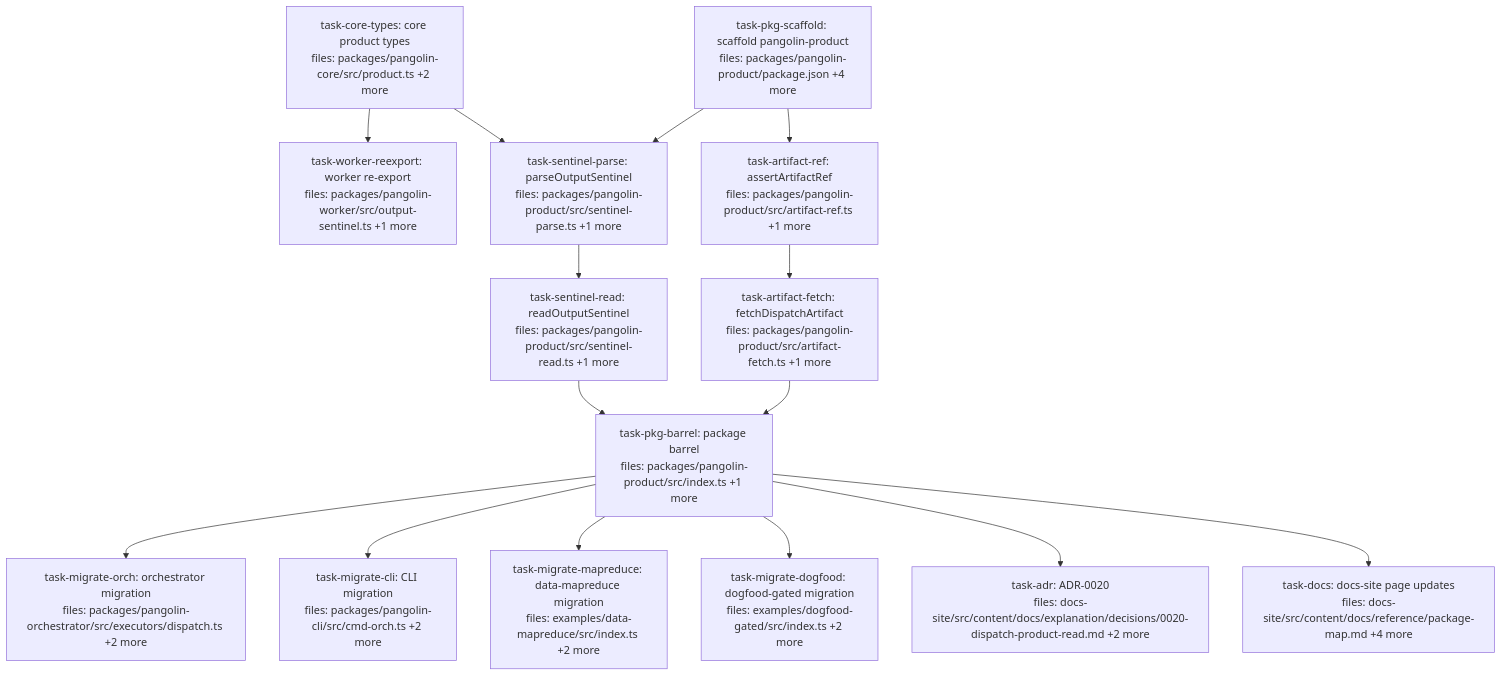
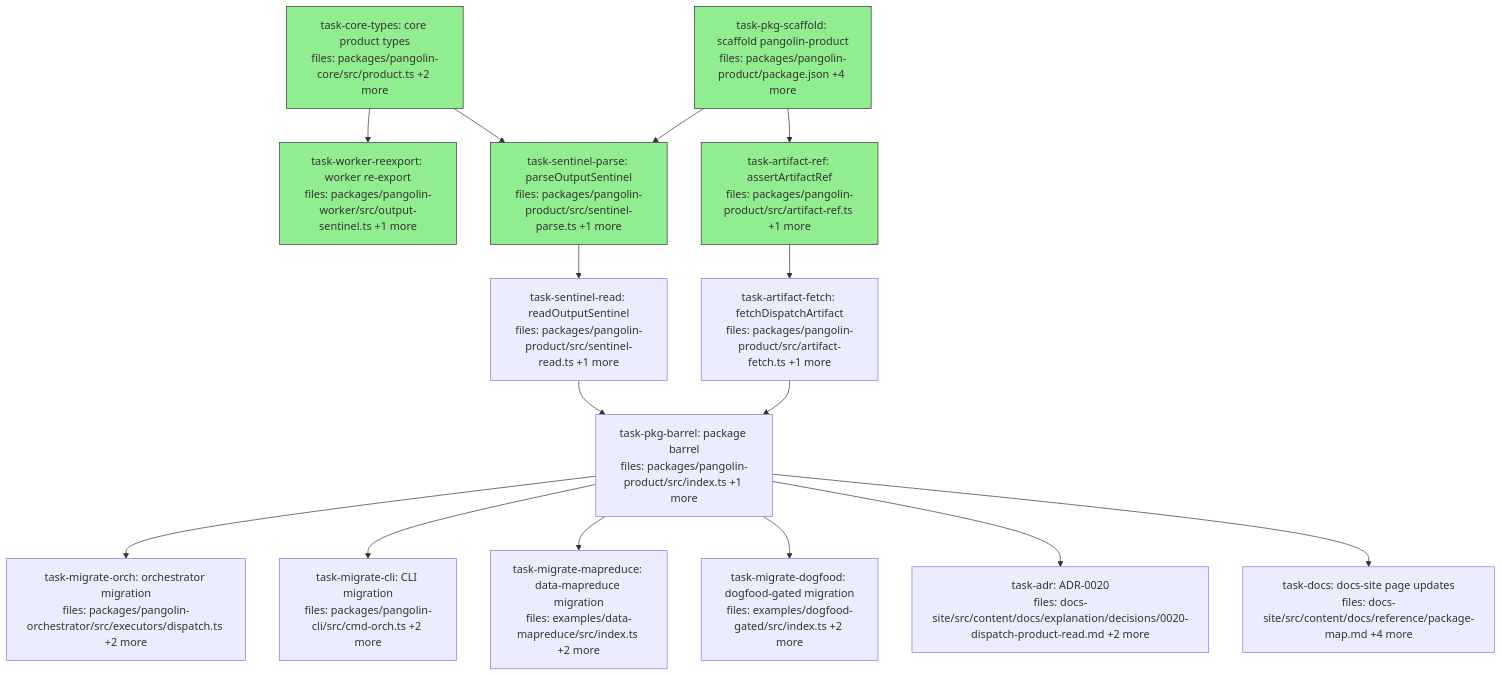
Before and after one commit to QuarrySystems/pangolin: the diagram in docs/superpowers/plans/2026-07-27-dispatch-product-read-dag.md, drawn with Mermaid. The commit also changed other lines of this file and 1 other file, not shown here.

First line of the commit message:
plan: ticks 1-2 complete — 5/14 tasks done

````diff
--- a/docs/superpowers/plans/2026-07-27-dispatch-product-read-dag.md
+++ b/docs/superpowers/plans/2026-07-27-dispatch-product-read-dag.md
@@ -6,38 +6,38 @@
 ```mermaid
 flowchart TD
-    task-core-types["task-core-types: core product types<br/>files: packages/pangolin-core/src/product.ts +2 more"]
-    task-worker-reexport["task-worker-reexport: worker re-export<br/>files: packages/pangolin-worker/src/output-sentinel.ts +1 more"]
-    task-pkg-scaffold["task-pkg-scaffold: scaffold pangolin-product<br/>files: packages/pangolin-product/package.json +4 more"]
-    task-sentinel-parse["task-sentinel-parse: parseOutputSentinel<br/>files: packages/pangolin-product/src/sentinel-parse.ts +1 more"]
-    task-artifact-ref["task-artifact-ref: assertArtifactRef<br/>files: packages/pangolin-product/src/artifact-ref.ts +1 more"]
+    task-core-types["task-core-types: core product types<br/>files: packages/pangolin-core/src/product.ts +2 more"]:::done
+    task-worker-reexport["task-worker-reexport: worker re-export<br/>files: packages/pangolin-worker/src/output-sentinel.ts +1 more"]:::done
+    task-pkg-scaffold["task-pkg-scaffold: scaffold pangolin-product<br/>files: packages/pangolin-product/package.json +4 more"]:::done
+    task-sentinel-parse["task-sentinel-parse: parseOutputSentinel<br/>files: packages/pangolin-product/src/sentinel-parse.ts +1 more"]:::done
+    task-artifact-ref["task-artifact-ref: assertArtifactRef<br/>files: packages/pangolin-product/src/artifact-ref.ts +1 more"]:::done
     task-sentinel-read["task-sentinel-read: readOutputSentinel<br/>files: packages/pangolin-product/src/sentinel-read.ts +1 more"]
     task-artifact-fetch["task-artifact-fetch: fetchDispatchArtifact<br/>files: packages/pangolin-product/src/artifact-fetch.ts +1 more"]
     task-pkg-barrel["task-pkg-barrel: package barrel<br/>files: packages/pangolin-product/src/index.ts +1 more"]
     task-migrate-orch["task-migrate-orch: orchestrator migration<br/>files: packages/pangolin-orchestrator/src/executors/dispatch.ts +2 more"]
     task-migrate-cli["task-migrate-cli: CLI migration<br/>files: packages/pangolin-cli/src/cmd-orch.ts +2 more"]
     task-migrate-mapreduce["task-migrate-mapreduce: data-mapreduce migration<br/>files: examples/data-mapreduce/src/index.ts +2 more"]
     task-migrate-dogfood["task-migrate-dogfood: dogfood-gated migration<br/>files: examples/dogfood-gated/src/index.ts +2 more"]
     task-adr["task-adr: ADR-0020<br/>files: docs-site/src/content/docs/explanation/decisions/0020-dispatch-product-read.md +2 more"]
     task-docs["task-docs: docs-site page updates<br/>files: docs-site/src/content/docs/reference/package-map.md +4 more"]
 
     task-core-types --> task-worker-reexport
     task-core-types --> task-sentinel-parse
     task-pkg-scaffold --> task-sentinel-parse
     task-pkg-scaffold --> task-artifact-ref
     task-sentinel-parse --> task-sentinel-read
     task-artifact-ref --> task-artifact-fetch
     task-sentinel-read --> task-pkg-barrel
     task-artifact-fetch --> task-pkg-barrel
     task-pkg-barrel --> task-migrate-orch
     task-pkg-barrel --> task-migrate-cli
     task-pkg-barrel --> task-migrate-mapreduce
     task-pkg-barrel --> task-migrate-dogfood
     task-pkg-barrel --> task-adr
     task-pkg-barrel --> task-docs
 
     classDef done fill:#90ee90,stroke:#333
     classDef ready fill:#fffacd,stroke:#333
     classDef running fill:#87ceeb,stroke:#333
     classDef failed fill:#ffb6c1,stroke:#333
     classDef skipped fill:#d3d3d3,stroke:#333,stroke-dasharray: 5 5
 ```
````
